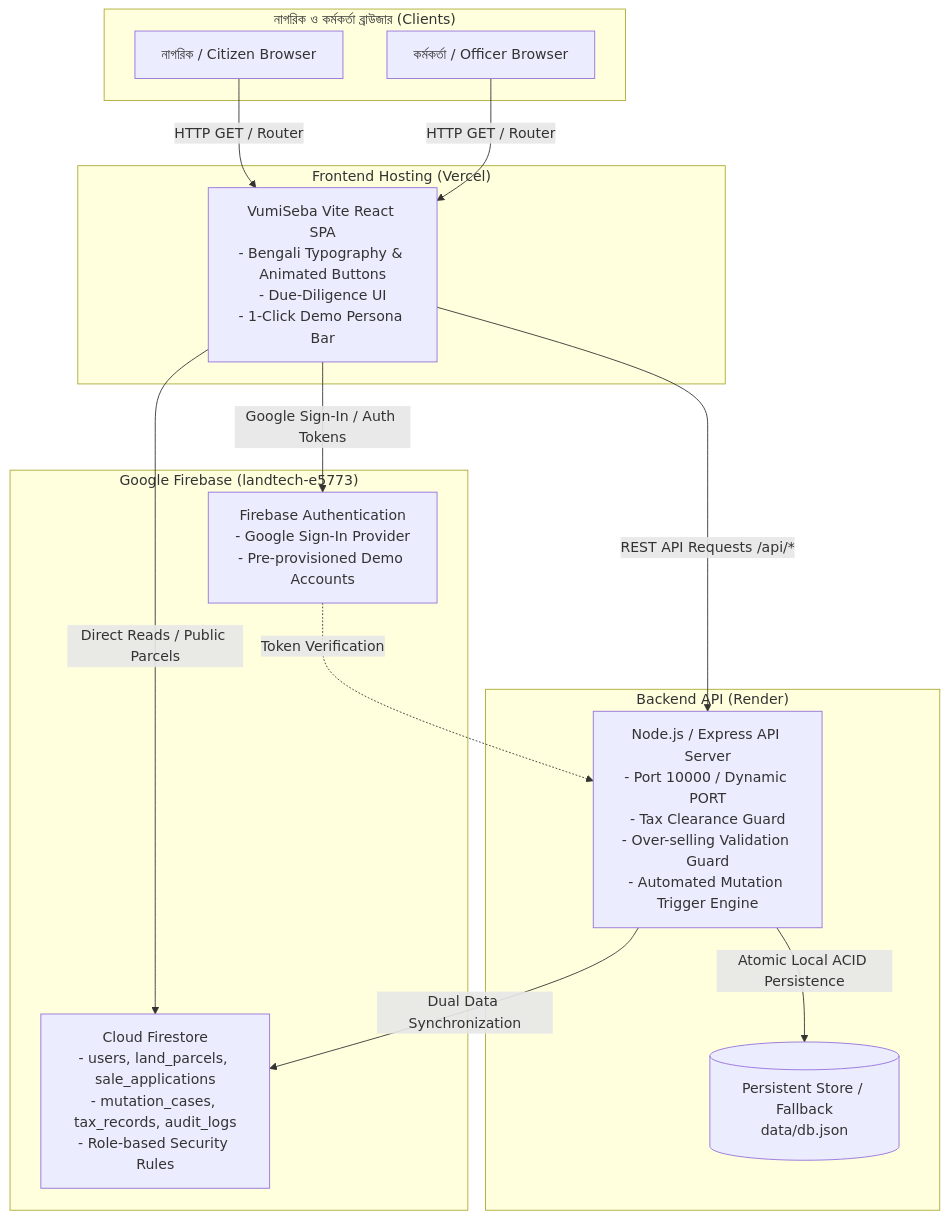
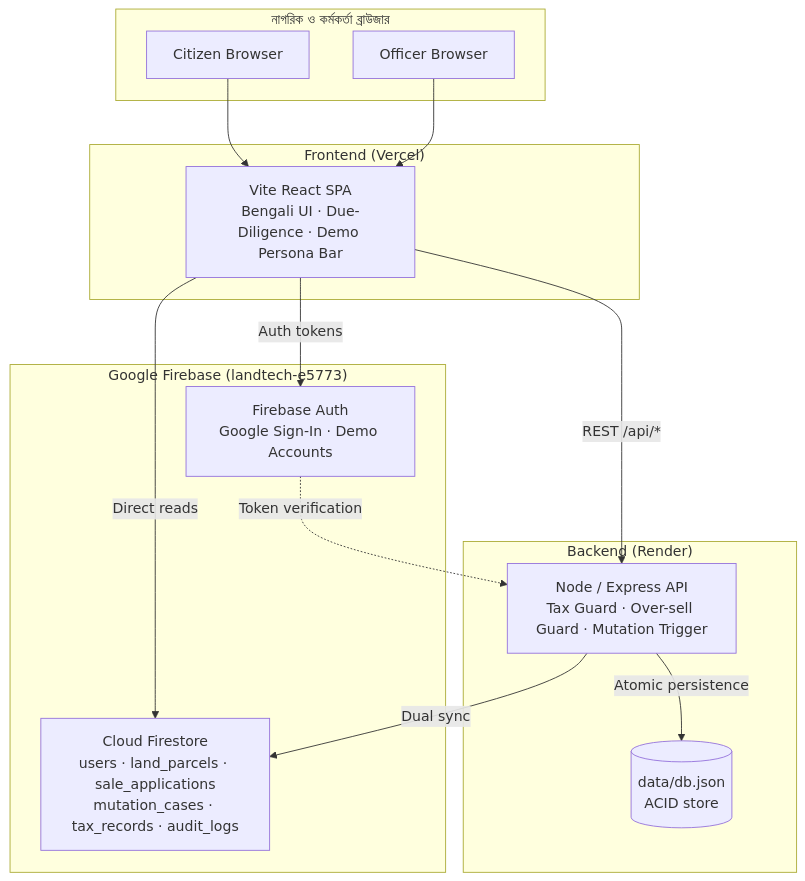
One commit to BornilMahmud/VumiSeba changed the second of 2 diagrams in README.md. Above: the diagram before and after it, drawn with Mermaid. The commit also changed other lines of this file, not shown here.

````diff
--- a/README.md
+++ b/README.md
@@ -312,32 +349,30 @@
 ```mermaid
 flowchart TD
-    subgraph Clients["নাগরিক ও কর্মকর্তা ব্রাউজার (Clients)"]
-        Citizen[নাগরিক / Citizen Browser]
-        Officer[কর্মকর্তা / Officer Browser]
+    subgraph Clients["নাগরিক ও কর্মকর্তা ব্রাউজার"]
+        Citizen[Citizen Browser]
+        Officer[Officer Browser]
     end
 
-    subgraph VercelHost["Frontend Hosting (Vercel)"]
-        VercelApp[VumiSeba Vite React SPA\n- Bengali Typography & Animated Buttons\n- Due-Diligence UI\n- 1-Click Demo Persona Bar]
+    subgraph Vercel["Frontend (Vercel)"]
+        App[Vite React SPA<br/>Bengali UI · Due-Diligence · Demo Persona Bar]
     end
 
-    subgraph FirebaseCloud["Google Firebase (landtech-e5773)"]
-        FirebaseAuth[Firebase Authentication\n- Google Sign-In Provider\n- Pre-provisioned Demo Accounts]
-        Firestore[Cloud Firestore\n- users, land_parcels, sale_applications\n- mutation_cases, tax_records, audit_logs\n- Role-based Security Rules]
+    subgraph Firebase["Google Firebase (landtech-e5773)"]
+        Auth[Firebase Auth<br/>Google Sign-In · Demo Accounts]
+        Firestore[Cloud Firestore<br/>users · land_parcels · sale_applications<br/>mutation_cases · tax_records · audit_logs]
     end
 
-    subgraph RenderHost["Backend API (Render)"]
-        ExpressApp[Node.js / Express API Server\n- Port 10000 / Dynamic PORT\n- Tax Clearance Guard\n- Over-selling Validation Guard\n- Automated Mutation Trigger Engine]
-        JSONDB[(Persistent Store / Fallback\ndata/db.json)]
+    subgraph Render["Backend (Render)"]
+        API[Node / Express API<br/>Tax Guard · Over-sell Guard · Mutation Trigger]
+        JSON[(data/db.json<br/>ACID store)]
     end
 
-    Citizen -->|HTTP GET / Router| VercelApp
-    Officer -->|HTTP GET / Router| VercelApp
-
-    VercelApp -->|Google Sign-In / Auth Tokens| FirebaseAuth
-    VercelApp -->|Direct Reads / Public Parcels| Firestore
-    VercelApp -->|REST API Requests /api/*| ExpressApp
-
-    ExpressApp -->|Dual Data Synchronization| Firestore
-    ExpressApp -->|Atomic Local ACID Persistence| JSONDB
-    FirebaseAuth -.->|Token Verification| ExpressApp
+    Citizen --> App
+    Officer --> App
+    App -->|Auth tokens| Auth
+    App -->|Direct reads| Firestore
+    App -->|REST /api/*| API
+    API -->|Dual sync| Firestore
+    API -->|Atomic persistence| JSON
+    Auth -.->|Token verification| API
 ```
````
